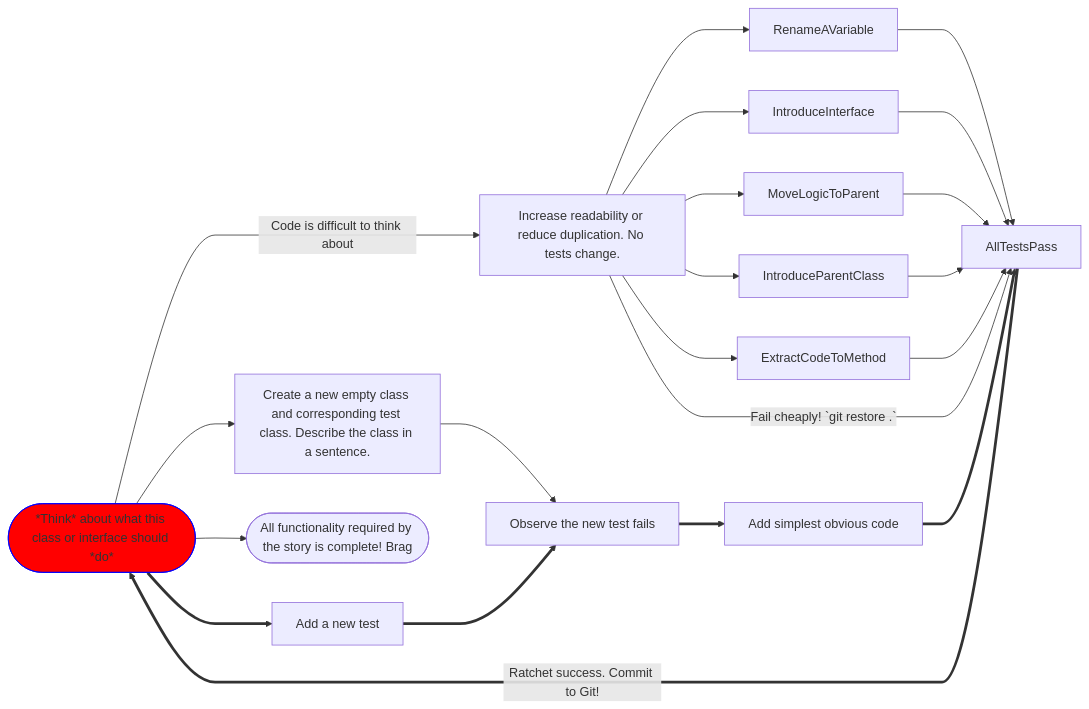
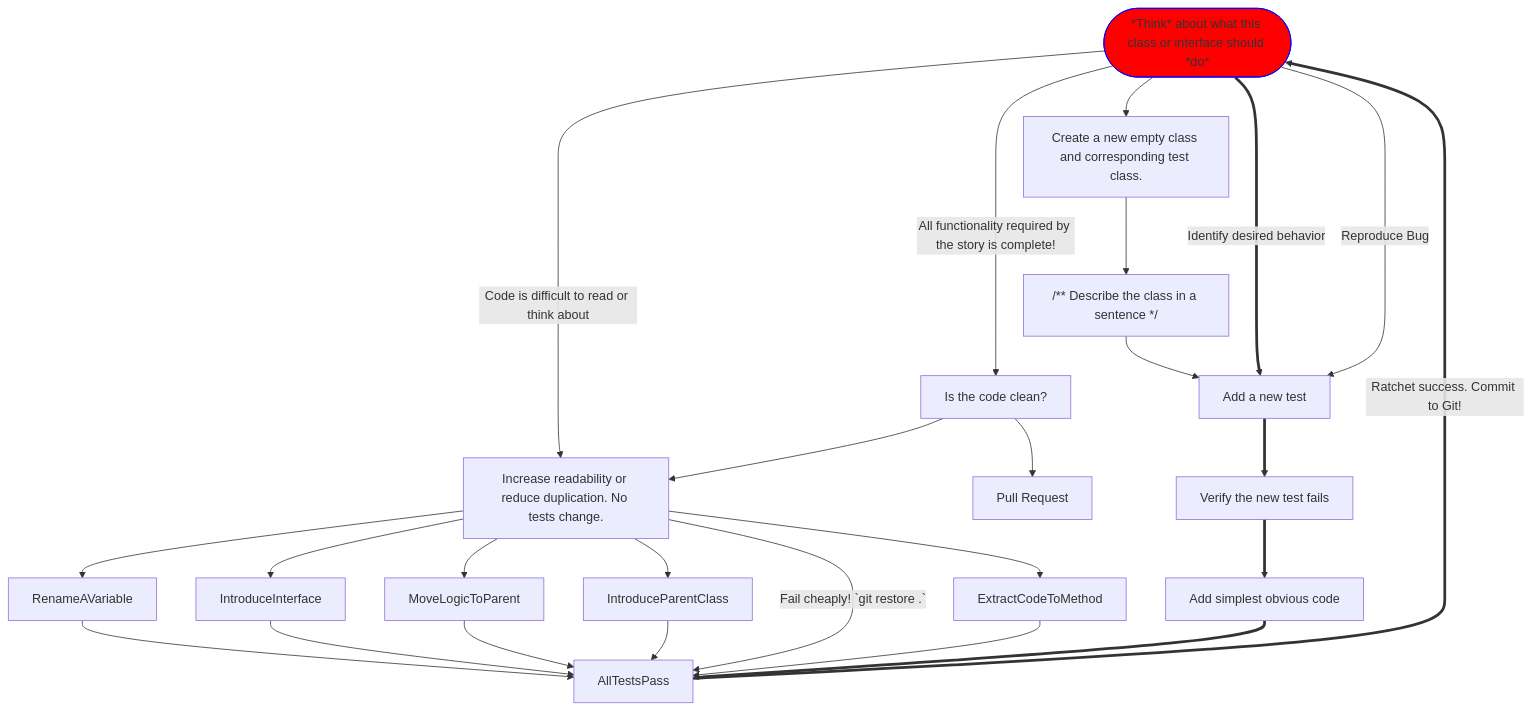
One commit to Billy-Spearman-WCCI/RaceCarExtension changed the third of 5 diagrams in README.md. Above: the diagram before and after it, drawn with Mermaid. The commit also changed other lines of this file and 1 other file, not shown here.

Commit message:
TDD diagram

````diff
--- a/README.md
+++ b/README.md
@@ -906,26 +909,29 @@
 ```mermaid
-%%{init: { 'flowchart': { 'curve': 'monotoneX'}} }%%
-graph LR;
-Think-->|Code is difficult to think about|MakeImprovements["Increase readability or reduce duplication. No tests change."]
+graph TB;
+Think-->|Code is difficult to read or think about|MakeImprovements["Increase readability or reduce duplication. No tests change."]
 classDef thinkStyle fill:#f00,stroke:#00f
 class Think thinkStyle;
-Think-->CreateANewClass["Create a new empty class and corresponding test class. Describe the class in a sentence."]
-Think-->DONE(["All functionality required by the story is complete! Brag"])
-CreateANewClass-->AddATest["Observe the new test fails"]
-Think==>AddATestToAnExistingTestClass["Add a new test"]
-AddATestToAnExistingTestClass==>AddATest
+Think-->CreateANewClass["Create a new empty class and corresponding test class."]
+CreateANewClass-->DescribeANewClass["/** Describe the class in a sentence */"]
+DescribeANewClass-->AddATestToAnExistingTestClass
+Think==>|Identify desired behavior|AddATestToAnExistingTestClass["Add a new test"]
+Think-->|Reproduce Bug|AddATestToAnExistingTestClass
+Think-->|"All functionality required by the story is complete!"|CodeDone["Is the code clean?"]
+CodeDone-->PullRequest["Pull Request"]
+CodeDone-->MakeImprovements
+AddATestToAnExistingTestClass==>NewTestFails["Verify the new test fails"]
 AllTestsPass==>|"Ratchet success. Commit to Git!"|Think(["*Think* about what this class or interface should *do*"])
 MakeImprovements-->RenameAVariable
 RenameAVariable-->AllTestsPass
 MakeImprovements-->IntroduceInterface
 IntroduceInterface-->AllTestsPass
 MakeImprovements-->MoveLogicToParent
 MoveLogicToParent-->AllTestsPass
 MakeImprovements-->IntroduceParentClass
 IntroduceParentClass-->AllTestsPass
 MakeImprovements-->ExtractCodeToMethod
+MakeImprovements-->|"Fail cheaply! `git restore .`"|AllTestsPass
 ExtractCodeToMethod-->AllTestsPass
-AddATest==>WriteCode["Add simplest obvious code"]
+NewTestFails==>WriteCode["Add simplest obvious code"]
 WriteCode==>AllTestsPass
-MakeImprovements-->|"Fail cheaply! `git restore .`"|AllTestsPass
 ```
````
